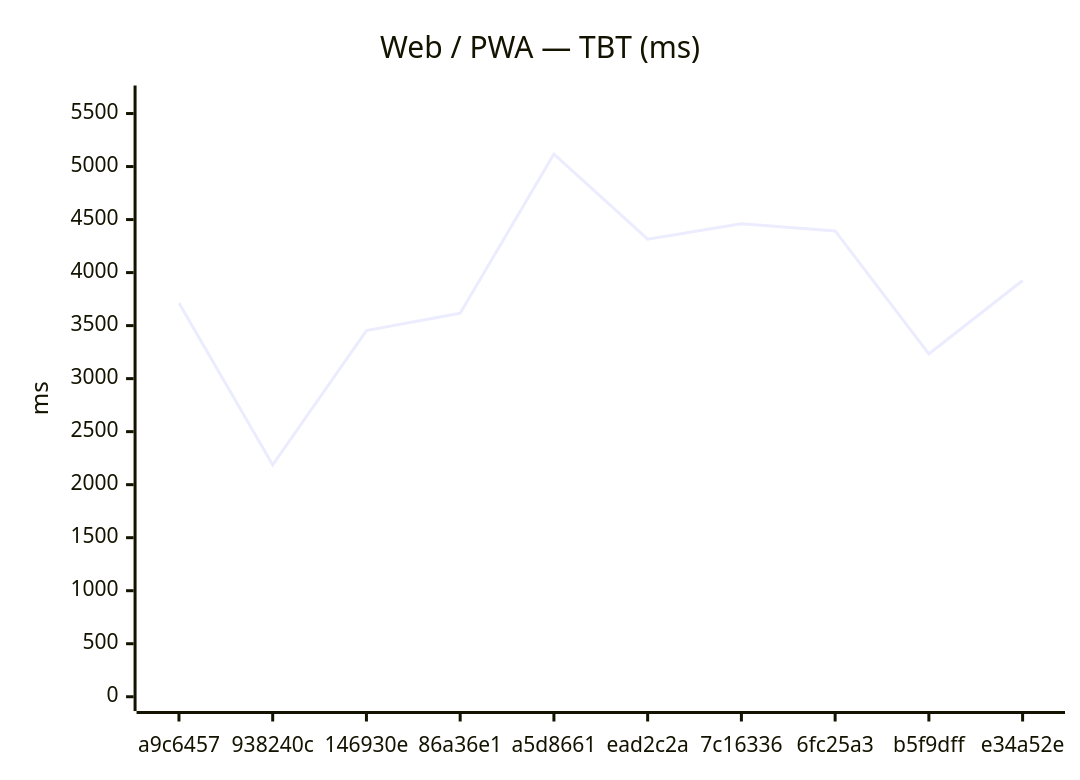
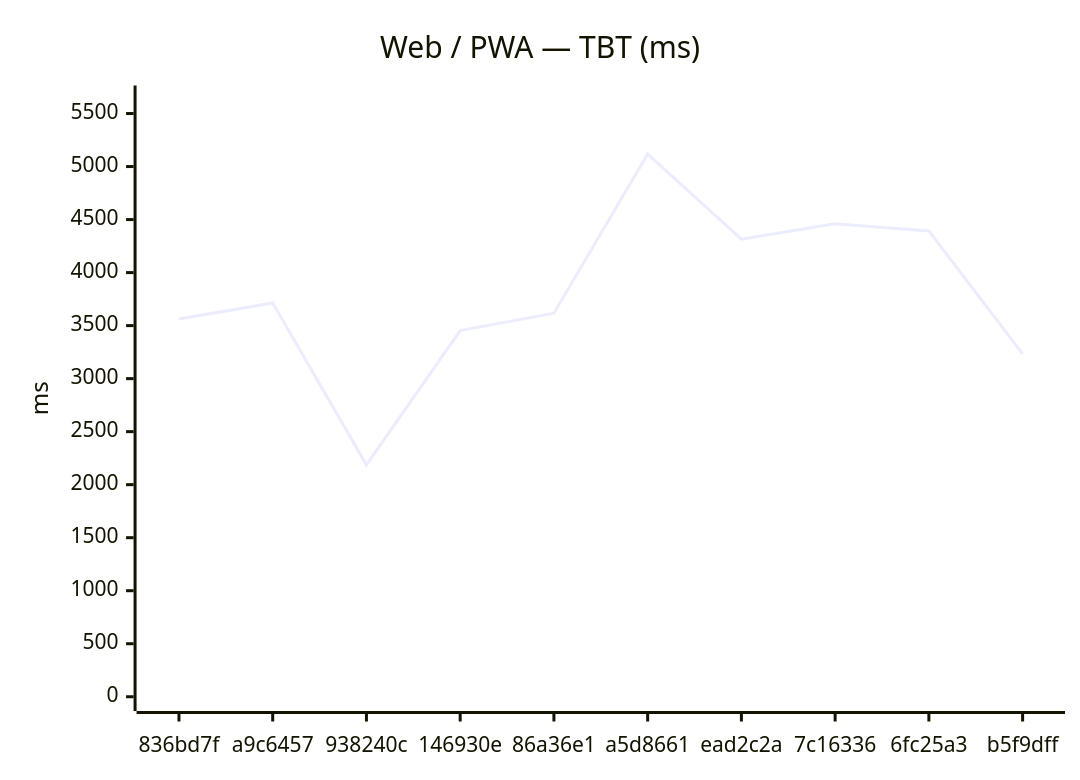
One commit to Metaheurist/Rianell changed the second of 12 diagrams in benchmarks/compare.md. Above: the diagram before and after it, drawn with Mermaid. The commit also changed other lines of this file and 8 other files, not shown here.

````diff
--- a/benchmarks/compare.md
+++ b/benchmarks/compare.md
@@ -31,7 +31,7 @@
 ```mermaid
 xychart-beta
     title "Web / PWA — TBT (ms)"
-    x-axis ["a9c6457", "938240c", "146930e", "86a36e1", "a5d8661", "ead2c2a", "7c16336", "6fc25a3", "b5f9dff", "e34a52e"]
+    x-axis ["836bd7f", "a9c6457", "938240c", "146930e", "86a36e1", "a5d8661", "ead2c2a", "7c16336", "6fc25a3", "b5f9dff"]
     y-axis "ms" 0 --> 5630
-    line [3713, 2187, 3453, 3617, 5118, 4315, 4460, 4393, 3233, 3925]
+    line [3562, 3713, 2187, 3453, 3617, 5118, 4315, 4460, 4393, 3233]
 ```
````
